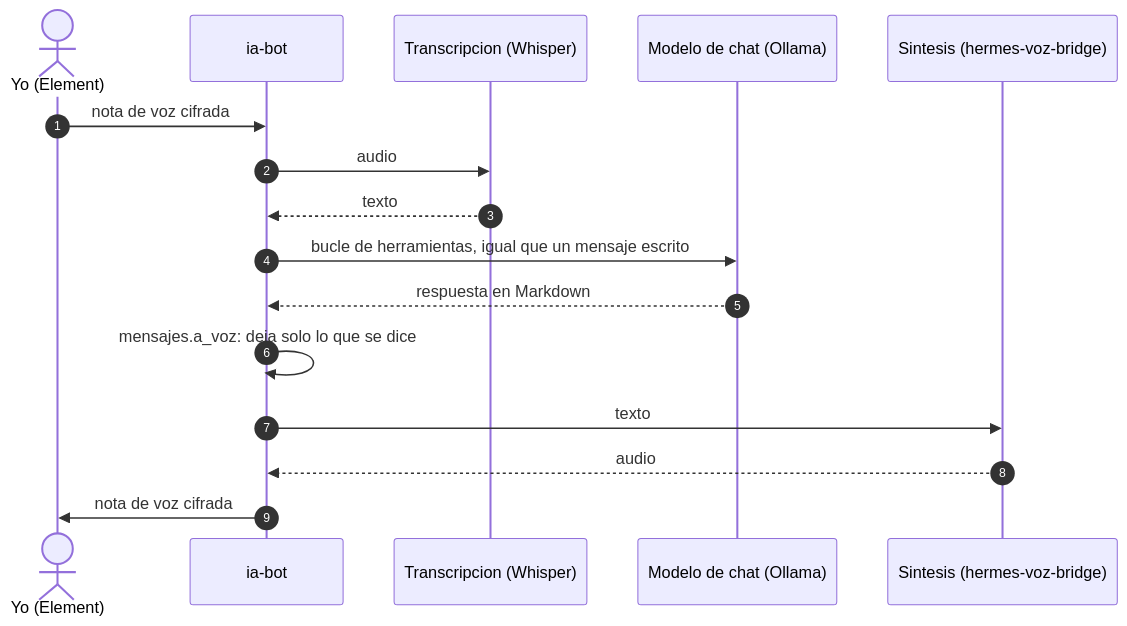
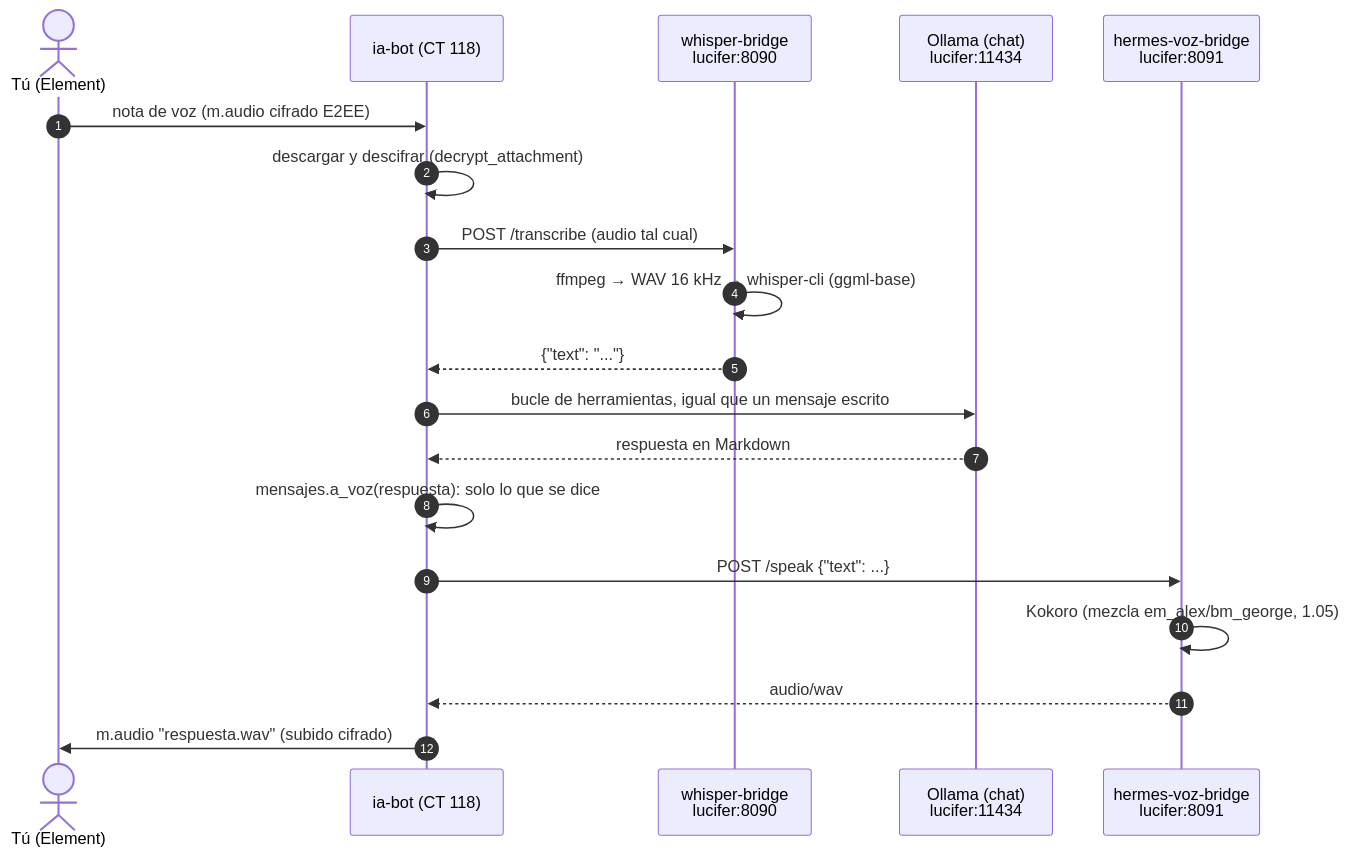
The first of 4 diagrams in docs/hermes-voz.md (Tito-Pinardo/homelab-infra), drawn with Mermaid before and after one commit. The commit also changed other lines of this file and 386 other files, not shown here.

````diff
--- a/docs/hermes-voz.md
+++ b/docs/hermes-voz.md
@@ -9,19 +18,22 @@
 ```mermaid
 sequenceDiagram
     autonumber
-    actor U as Yo (Element)
-    participant B as ia-bot
-    participant W as Transcripcion (Whisper)
-    participant O as Modelo de chat (Ollama)
-    participant K as Sintesis (hermes-voz-bridge)
+    actor U as Tú (Element)
+    participant B as ia-bot (CT 118)
+    participant W as whisper-bridge<br/>lucifer:8090
+    participant O as Ollama (chat)<br/>lucifer:11434
+    participant K as hermes-voz-bridge<br/>lucifer:8091
 
-    U->>B: nota de voz cifrada
-    B->>W: audio
-    W-->>B: texto
+    U->>B: nota de voz (m.audio cifrado E2EE)
+    B->>B: descargar y descifrar (decrypt_attachment)
+    B->>W: POST /transcribe (audio tal cual)
+    W->>W: ffmpeg → WAV 16 kHz → whisper-cli (ggml-base)
+    W-->>B: {"text": "..."}
     B->>O: bucle de herramientas, igual que un mensaje escrito
     O-->>B: respuesta en Markdown
-    B->>B: mensajes.a_voz: deja solo lo que se dice
-    B->>K: texto
-    K-->>B: audio
-    B->>U: nota de voz cifrada
+    B->>B: mensajes.a_voz(respuesta): solo lo que se dice
+    B->>K: POST /speak {"text": ...}
+    K->>K: Kokoro (mezcla em_alex/bm_george, 1.05)
+    K-->>B: audio/wav
+    B->>U: m.audio "respuesta.wav" (subido cifrado)
 ```
````
